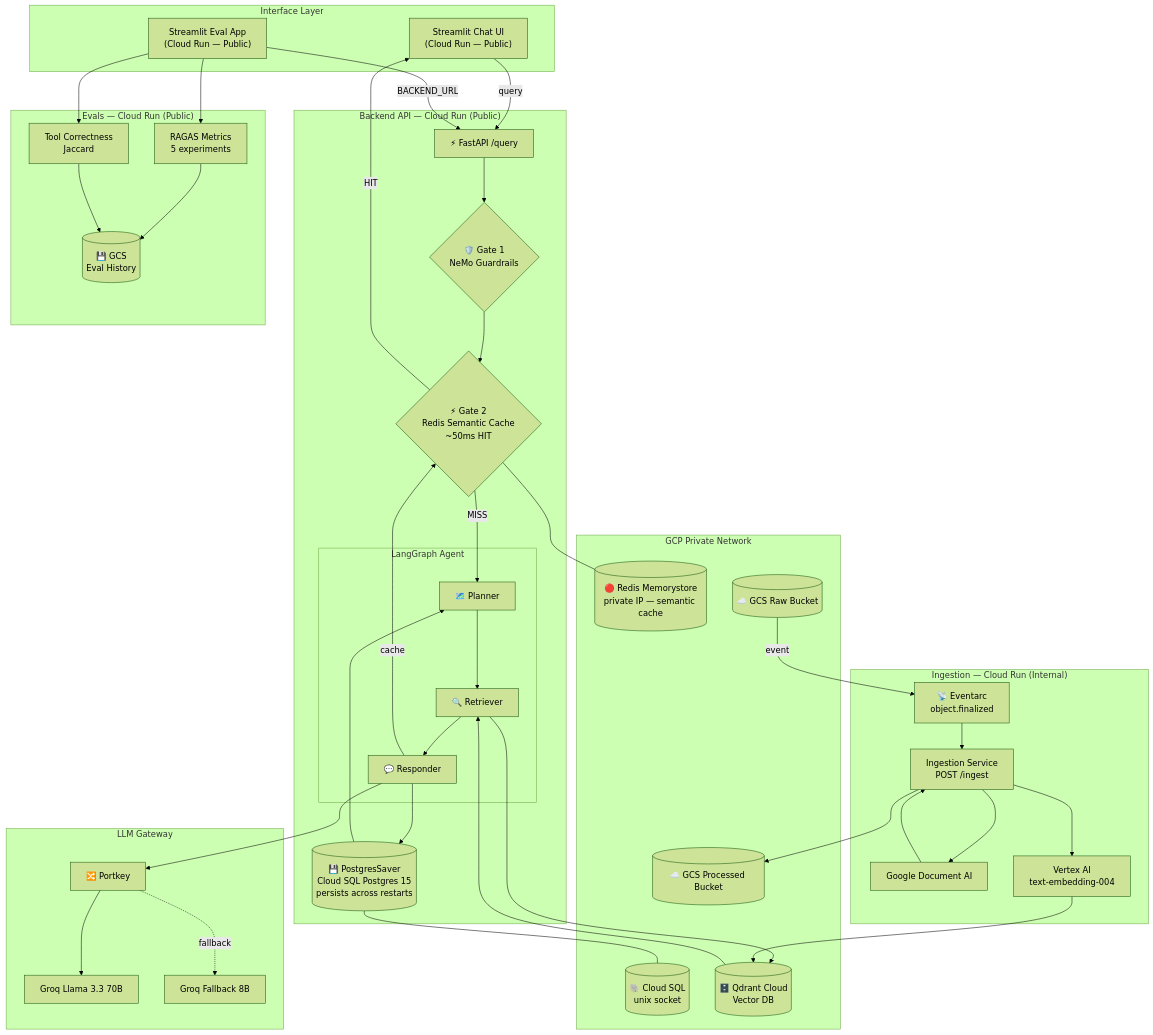
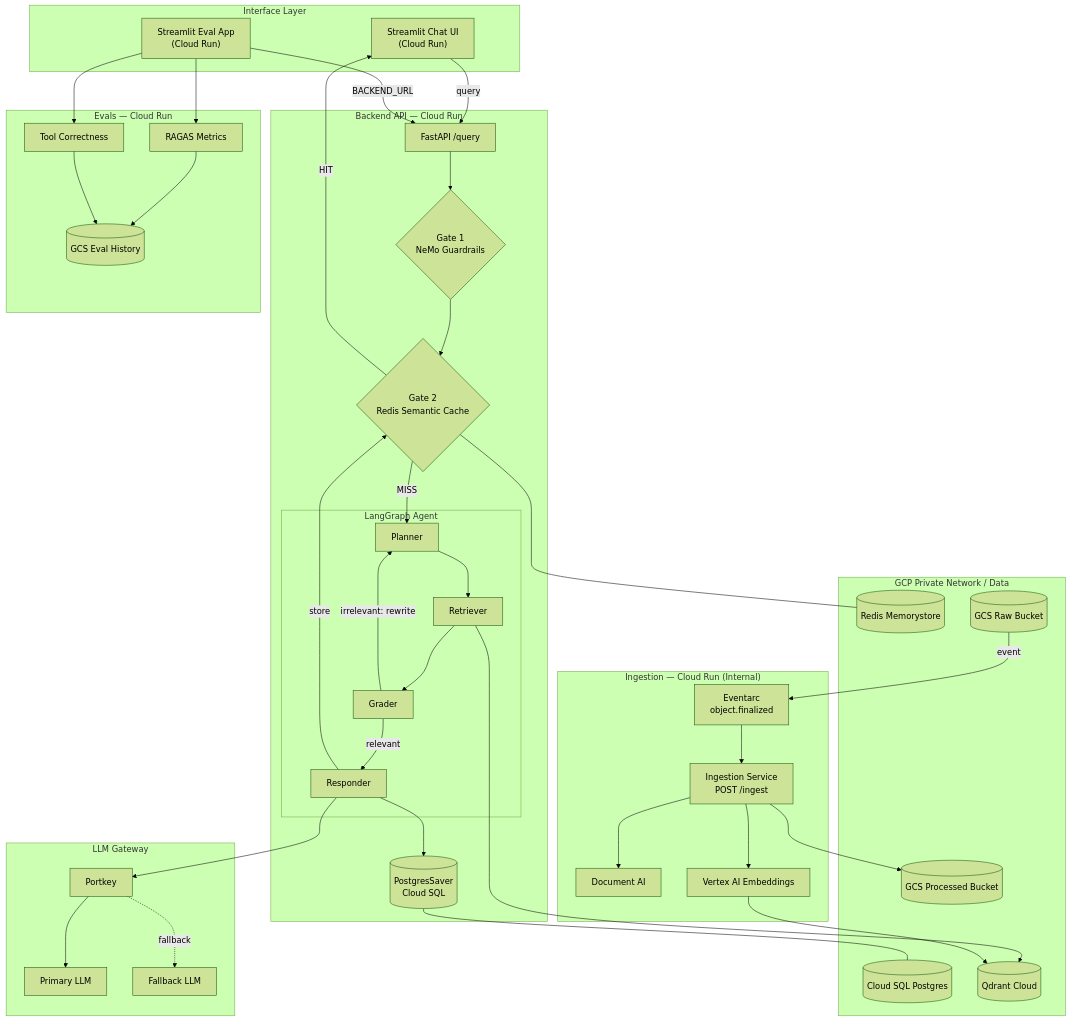
Before and after one commit to lalithdabilpuram01/enterprise_rag-with-GCP: the third of 3 diagrams in README.md, drawn with Mermaid (forest theme). The commit also changed other lines of this file and 3 other files, not shown here.

````diff
--- a/README.md
+++ b/README.md
@@ -45,68 +237,71 @@
 ```mermaid
 graph TB
     subgraph UI ["Interface Layer"]
-        CHAT["Streamlit Chat UI\n(Cloud Run — Public)"]
-        EAPP["Streamlit Eval App\n(Cloud Run — Public)"]
+        CHAT["Streamlit Chat UI<br/>(Cloud Run)"]
+        EAPP["Streamlit Eval App<br/>(Cloud Run)"]
     end
 
-    subgraph BACKEND ["Backend API — Cloud Run (Public)"]
-        API["⚡ FastAPI /query"]
-        G1{"🛡️ Gate 1\nNeMo Guardrails"}
-        G2{"⚡ Gate 2\nRedis Semantic Cache\n~50ms HIT"}
+    subgraph BACKEND ["Backend API — Cloud Run"]
+        API["FastAPI /query"]
+        G1{"Gate 1<br/>NeMo Guardrails"}
+        G2{"Gate 2<br/>Redis Semantic Cache"}
         subgraph AGENT ["LangGraph Agent"]
-            PL["🗺️ Planner"]
-            RT["🔍 Retriever"]
-            RS["💬 Responder"]
+            PL["Planner"]
+            RT["Retriever"]
+            GR["Grader"]
+            RS["Responder"]
         end
-        MEM[("💾 PostgresSaver\nCloud SQL Postgres 15\npersists across restarts")]
+        MEM[("PostgresSaver<br/>Cloud SQL")]
     end
 
     subgraph INGEST ["Ingestion — Cloud Run (Internal)"]
-        EA["📡 Eventarc\nobject.finalized"]
-        SVC["Ingestion Service\nPOST /ingest"]
-        DOCAI["Google Document AI"]
-        VEMB["Vertex AI\ntext-embedding-004"]
+        EA["Eventarc<br/>object.finalized"]
+        SVC["Ingestion Service<br/>POST /ingest"]
+        DOCAI["Document AI"]
+        VEMB["Vertex AI Embeddings"]
     end
 
-    subgraph EVALS ["Evals — Cloud Run (Public)"]
-        RAGAS["RAGAS Metrics\n5 experiments"]
-        TC["Tool Correctness\nJaccard"]
-        HIST[("💾 GCS\nEval History")]
+    subgraph EVALS ["Evals — Cloud Run"]
+        RAGAS["RAGAS Metrics"]
+        TC["Tool Correctness"]
+        HIST[("GCS Eval History")]
     end
 
-    subgraph GCP ["GCP Private Network"]
-        REDIS[("🔴 Redis Memorystore\nprivate IP — semantic cache")]
-        SQL[("🐘 Cloud SQL\nunix socket")]
-        QD[("🗄️ Qdrant Cloud\nVector DB")]
-        GCS1[("☁️ GCS Raw Bucket")]
-        GCS2[("☁️ GCS Processed Bucket")]
+    subgraph DATA ["GCP Private Network / Data"]
+        REDIS[("Redis Memorystore")]
+        SQL[("Cloud SQL Postgres")]
+        QD[("Qdrant Cloud")]
+        GCS1[("GCS Raw Bucket")]
+        GCS2[("GCS Processed Bucket")]
     end
 
     subgraph GATEWAY ["LLM Gateway"]
-        PK["🔀 Portkey"]
-        LLM1["Groq Llama 3.3 70B"]
-        LLM2["Groq Fallback 8B"]
+        PK["Portkey"]
+        LLM1["Primary LLM"]
+        LLM2["Fallback LLM"]
     end
 
     CHAT -->|query| API
     EAPP -->|BACKEND_URL| API
     API --> G1 --> G2
     G2 -->|HIT| CHAT
     G2 -->|MISS| PL
-    PL --> RT --> QD --> RT
-    RT --> RS --> PK --> LLM1
+    PL --> RT --> QD
+    RT --> GR
+    GR -->|irrelevant: rewrite| PL
+    GR -->|relevant| RS
+    RS --> PK --> LLM1
     PK -.->|fallback| LLM2
-    RS --> MEM --> PL
-    RS -->|cache| G2
+    RS --> MEM
+    RS -->|store| G2
     G2 --- REDIS
+    MEM --- SQL
 
     GCS1 -->|event| EA --> SVC
-    SVC --> DOCAI --> SVC
+    SVC --> DOCAI
     SVC --> VEMB --> QD
     SVC --> GCS2
 
     EAPP --> RAGAS --> HIST
     EAPP --> TC --> HIST
-
-    MEM --- SQL
 ```
````
